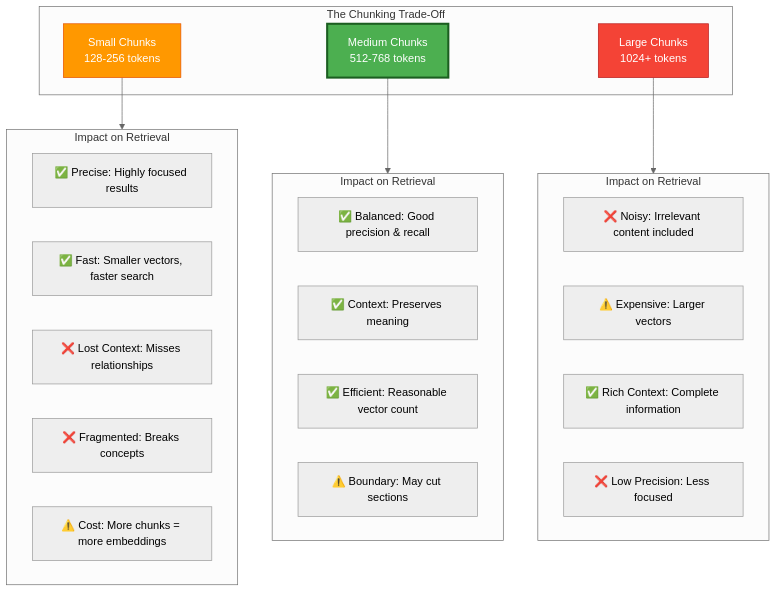
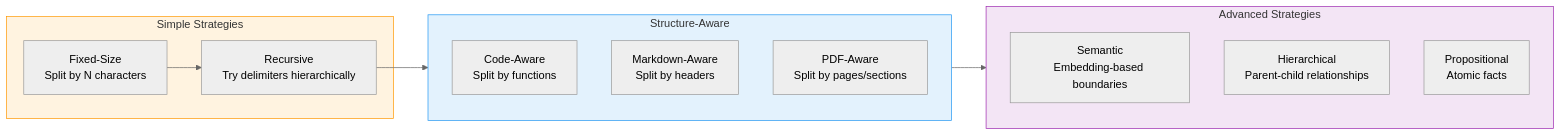
The second of 3 diagrams in docs/ai/rag/02-data-processing.mdx (YiWang24/AiDIY), drawn with Mermaid (neutral theme) before and after one commit. The commit also changed other lines of this file and 10 other files, not shown here.

First line of the commit message:
docs: enhance RAG documentation and fix Mermaid diagrams

````diff
--- a/docs/ai/rag/02-data-processing.mdx
+++ b/docs/ai/rag/02-data-processing.mdx
@@ -1746,38 +290,27 @@
 ```mermaid
-flowchart TB
-    subgraph Problem["The Chunking Trade-Off"]
-        Small[Small Chunks<br/>128-256 tokens]
-        Medium[Medium Chunks<br/>512-768 tokens]
-        Large[Large Chunks<br/>1024+ tokens]
+flowchart LR
+    subgraph Simple["Simple Strategies"]
+        Fixed[Fixed-Size<br/>Split by N characters]
+        Recursive[Recursive<br/>Try delimiters hierarchically]
     end
 
-    subgraph SmallImpact["Impact on Retrieval"]
-        S1[✅ Precise: Highly focused results]
-        S2[✅ Fast: Smaller vectors, faster search]
-        S3[❌ Lost Context: Misses relationships]
-        S4[❌ Fragmented: Breaks concepts]
-        S5["⚠️ Cost: More chunks = more embeddings"]
+    subgraph Structure["Structure-Aware"]
+        Code[Code-Aware<br/>Split by functions]
+        Markdown[Markdown-Aware<br/>Split by headers]
+        PDF[PDF-Aware<br/>Split by pages/sections]
     end
 
-    subgraph MediumImpact["Impact on Retrieval"]
-        M1[✅ Balanced: Good precision & recall]
-        M2[✅ Context: Preserves meaning]
-        M3[✅ Efficient: Reasonable vector count]
-        M4["⚠️ Boundary: May cut sections"]
+    subgraph Advanced["Advanced Strategies"]
+        Semantic[Semantic<br/>Embedding-based boundaries]
+        Hierarchical[Hierarchical<br/>Parent-child relationships]
+        Propositional[Propositional<br/>Atomic facts]
     end
 
-    subgraph LargeImpact["Impact on Retrieval"]
-        L1[❌ Noisy: Irrelevant content included]
-        L2["⚠️ Expensive: Larger vectors"]
-        L3[✅ Rich Context: Complete information]
-        L4[❌ Low Precision: Less focused]
-    end
+    Fixed --> Recursive
+    Recursive --> Structure
+    Structure --> Advanced
 
-    Small --> SmallImpact
-    Medium --> MediumImpact
-    Large --> LargeImpact
-
-    style Medium fill:#4caf50,stroke:#1b5e20,color:#fff,stroke-width:3px
-    style Small fill:#ff9800,stroke:#e65100,color:#fff
-    style Large fill:#f44336,stroke:#b71c1c,color:#fff
+    style Simple fill:#fff3e0,stroke:#ff9800
+    style Structure fill:#e3f2fd,stroke:#2196f3
+    style Advanced fill:#f3e5f5,stroke:#9c27b0
 ```
````
